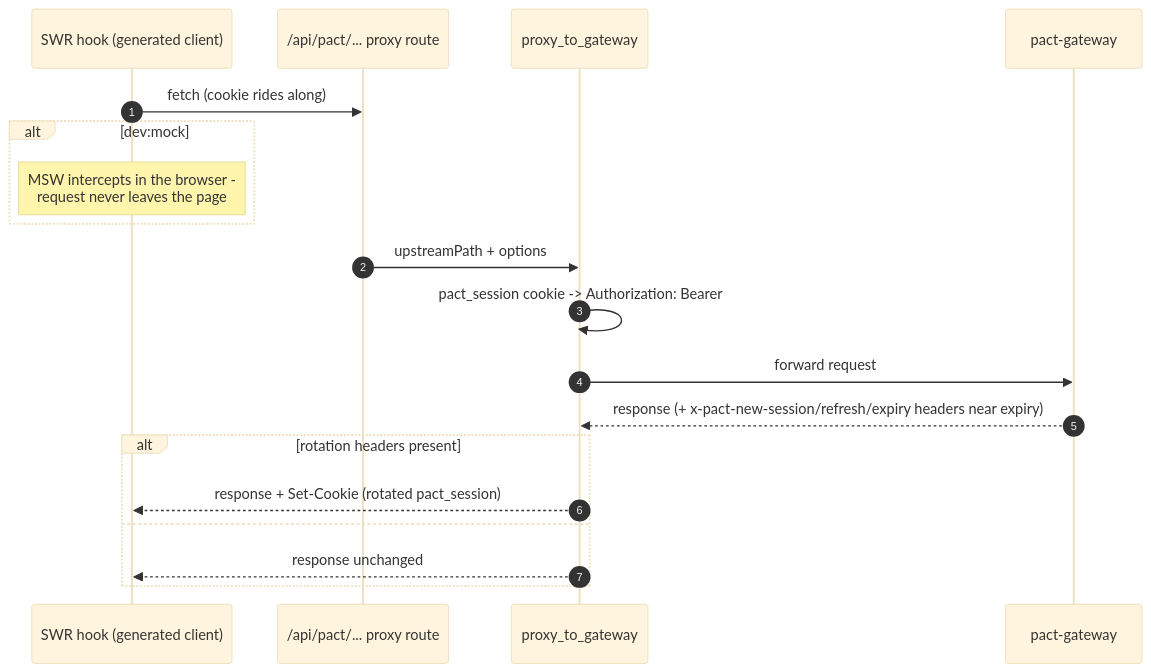
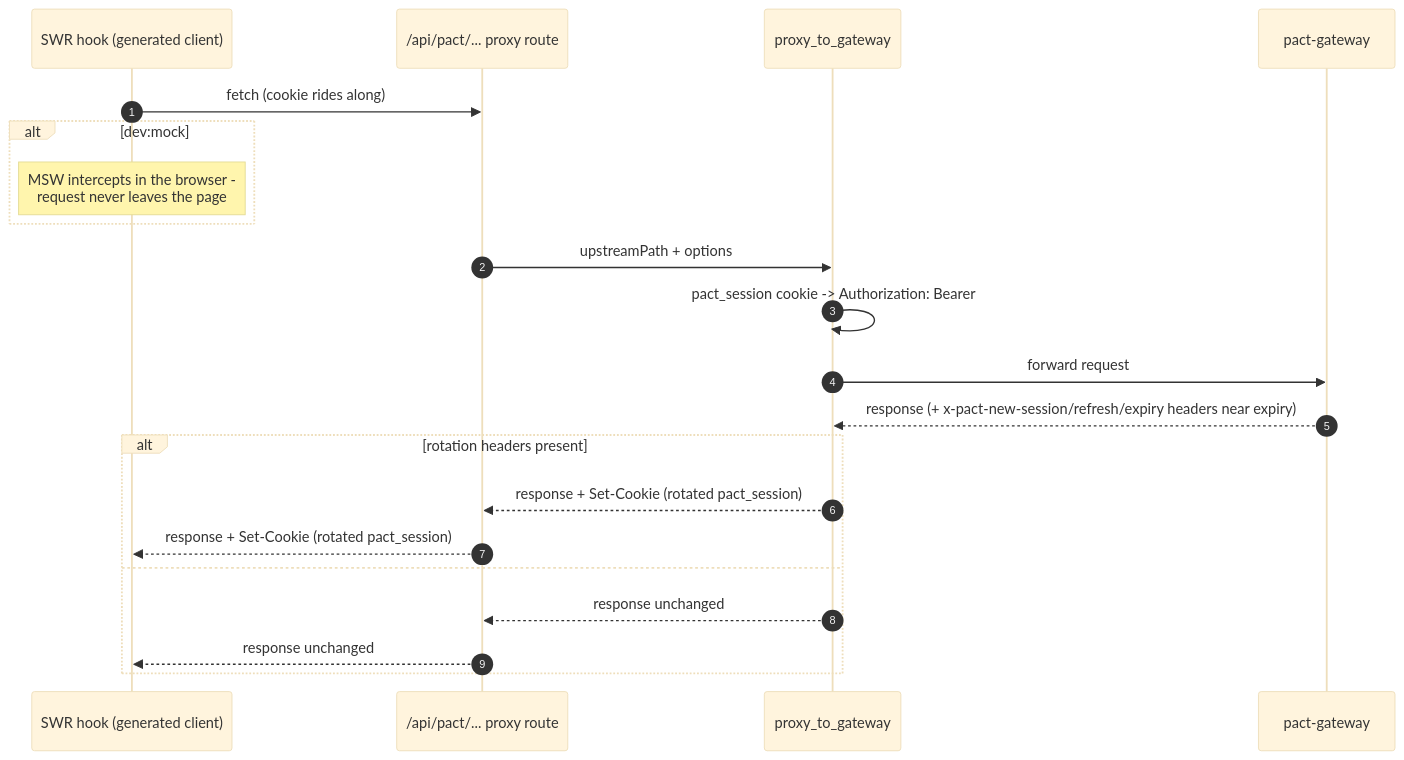
The fourth of 6 diagrams in docs/architecture.md (PACT-Toolkit/pact-web), drawn with Mermaid (base theme) before and after one commit. The commit also changed other lines of this file, not shown here.

Commit message:
📝 fix architecture diagram inaccuracies in login and proxy flows

````diff
--- a/docs/architecture.md
+++ b/docs/architecture.md
@@ -129,22 +130,24 @@
 ```mermaid
 sequenceDiagram
     autonumber
     participant C as SWR hook (generated client)
     participant PR as /api/pact/... proxy route
     participant CORE as proxy_to_gateway
     participant GW as pact-gateway
 
     C->>PR: fetch (cookie rides along)
     alt dev:mock
         Note over C: MSW intercepts in the browser -<br/>request never leaves the page
     end
     PR->>CORE: upstreamPath + options
     CORE->>CORE: pact_session cookie -> Authorization: Bearer
     CORE->>GW: forward request
     GW-->>CORE: response (+ x-pact-new-session/refresh/expiry headers near expiry)
     alt rotation headers present
-        CORE-->>C: response + Set-Cookie (rotated pact_session)
+        CORE-->>PR: response + Set-Cookie (rotated pact_session)
+        PR-->>C: response + Set-Cookie (rotated pact_session)
     else
-        CORE-->>C: response unchanged
+        CORE-->>PR: response unchanged
+        PR-->>C: response unchanged
     end
 ```
````
